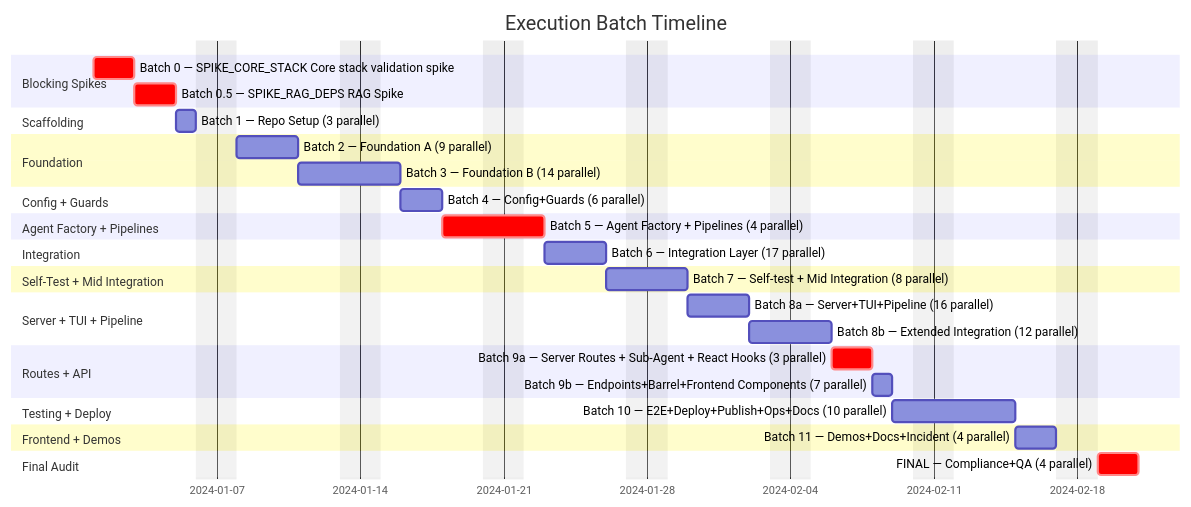
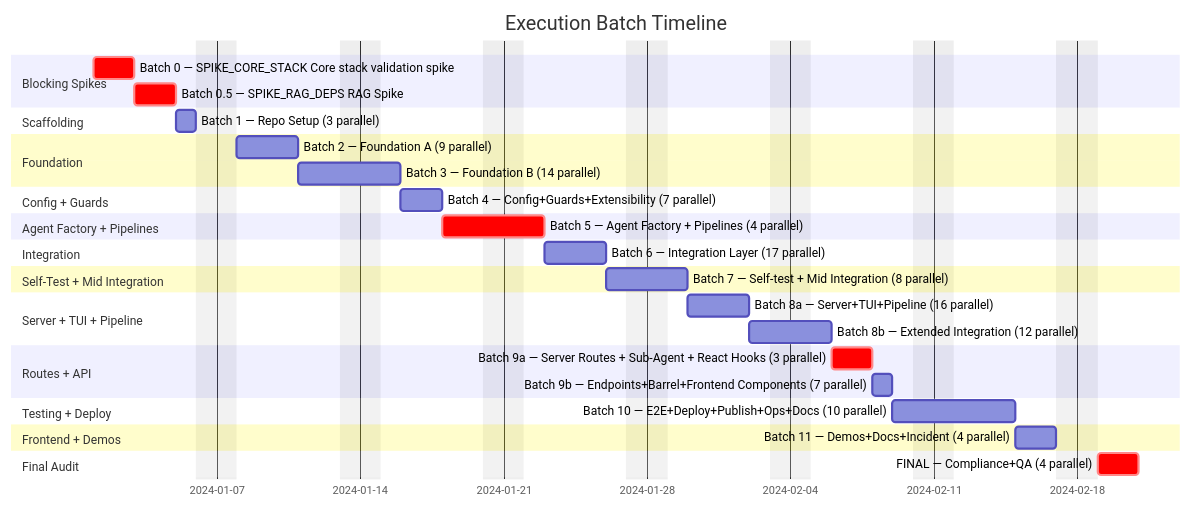
The first of 10 diagrams in plan/17-execution.md (1qh/safeagent), drawn with Mermaid before and after one commit. The commit also changed other lines of this file and 1 other file, not shown here.

Commit message:
Fix extensibility plan: UPPER_SNAKE Mermaid IDs, remove impl scaffolding, add non-extensible boundaries, tighten sandbox model, fix stale execution counts

````diff
--- a/plan/17-execution.md
+++ b/plan/17-execution.md
@@ -28,46 +28,46 @@
 ```mermaid
 gantt
     title Execution Batch Timeline
     dateFormat YYYY-MM-DD
     excludes weekends
 
     section Blocking Spikes
     Batch 0 — SPIKE_CORE_STACK Core stack validation spike          :crit, SPIKE_CORE_STACK_GATE, 2024-01-01, 2d
     Batch 0.5 — SPIKE_RAG_DEPS RAG Spike               :crit, SPIKE_RAG_DEPENDENCY_GATE, after SPIKE_CORE_STACK_GATE, 2d
 
     section Scaffolding
     Batch 1 — Repo Setup (3 parallel)           :SCAFFOLDING_BATCH, after SPIKE_RAG_DEPENDENCY_GATE, 1d
 
     section Foundation
     Batch 2 — Foundation A (9 parallel)          :FOUNDATION_A_BATCH, after SCAFFOLDING_BATCH, 3d
     Batch 3 — Foundation B (14 parallel)         :FOUNDATION_B_BATCH, after FOUNDATION_A_BATCH, 3d
 
     section Config + Guards
-    Batch 4 — Config+Guards (6 parallel)         :CONFIG_GUARDS_BATCH, after FOUNDATION_B_BATCH, 2d
+    Batch 4 — Config+Guards+Extensibility (7 parallel)         :CONFIG_GUARDS_BATCH, after FOUNDATION_B_BATCH, 2d
 
     section Agent Factory + Pipelines
     Batch 5 — Agent Factory + Pipelines (4 parallel)      :crit, AGENT_PIPELINE_BATCH, after CONFIG_GUARDS_BATCH, 3d
 
     section Integration
     Batch 6 — Integration Layer (17 parallel)    :INTEGRATION_BATCH, after AGENT_PIPELINE_BATCH, 3d
 
     section Self-Test + Mid Integration
     Batch 7 — Self-test + Mid Integration (8 parallel):SELFTEST_MIDINTEGRATION_BATCH, after INTEGRATION_BATCH, 2d
 
     section Server + TUI + Pipeline
     Batch 8a — Server+TUI+Pipeline (16 parallel) :SERVER_TUI_PIPELINE_BATCH, after SELFTEST_MIDINTEGRATION_BATCH, 3d
     Batch 8b — Extended Integration (12 parallel) :EXTENDED_INTEGRATION_BATCH, after SERVER_TUI_PIPELINE_BATCH, 2d
 
     section Routes + API
     Batch 9a — Server Routes + Sub-Agent + React Hooks (3 parallel)      :crit, SERVER_ROUTES_SUBAGENT_BATCH, after EXTENDED_INTEGRATION_BATCH, 2d
     Batch 9b — Endpoints+Barrel+Frontend Components (7 parallel)     :ENDPOINTS_BARREL_BATCH, after SERVER_ROUTES_SUBAGENT_BATCH, 1d
 
     section Testing + Deploy
     Batch 10 — E2E+Deploy+Publish+Ops+Docs (10 parallel)   :E2E_DEPLOY_BATCH, after ENDPOINTS_BARREL_BATCH, 4d
 
     section Frontend + Demos
     Batch 11 — Demos+Docs+Incident (4 parallel)              :FRONTEND_DEMOS_BATCH, after E2E_DEPLOY_BATCH, 2d
 
     section Final Audit
     FINAL — Compliance+QA (4 parallel)          :crit, FINAL_AUDIT_BATCH, after FRONTEND_DEMOS_BATCH, 2d
 ```
````
